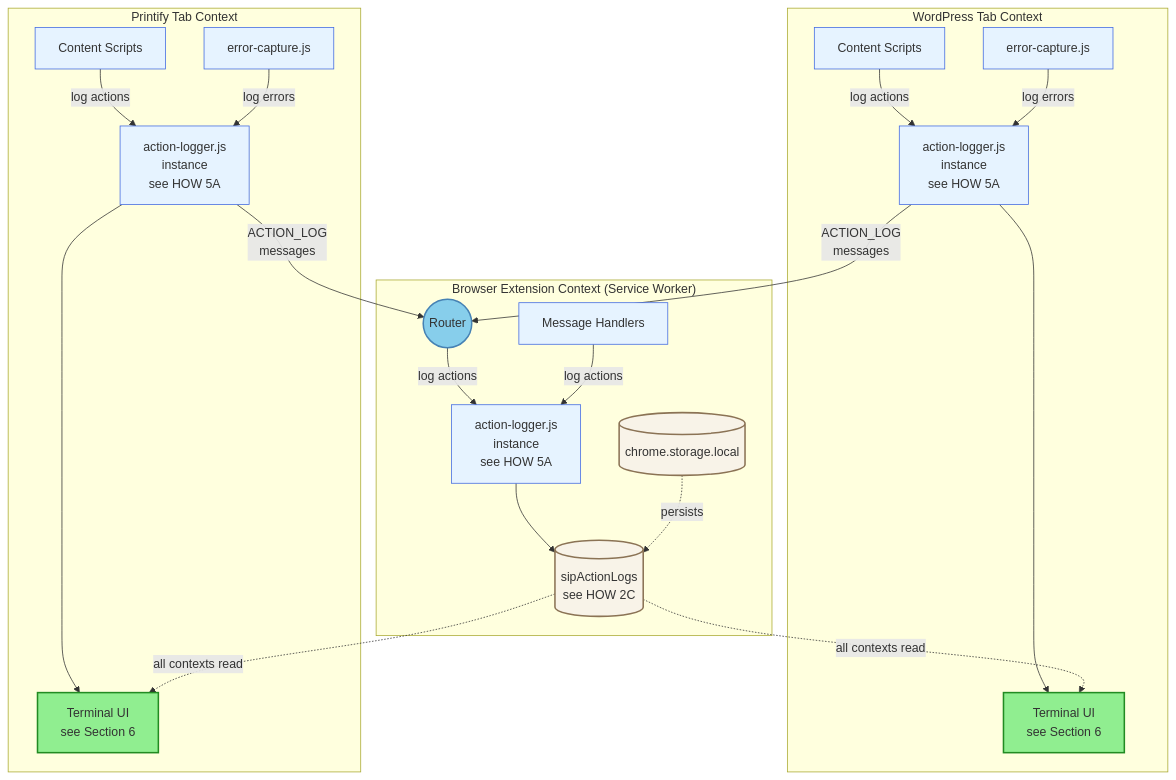
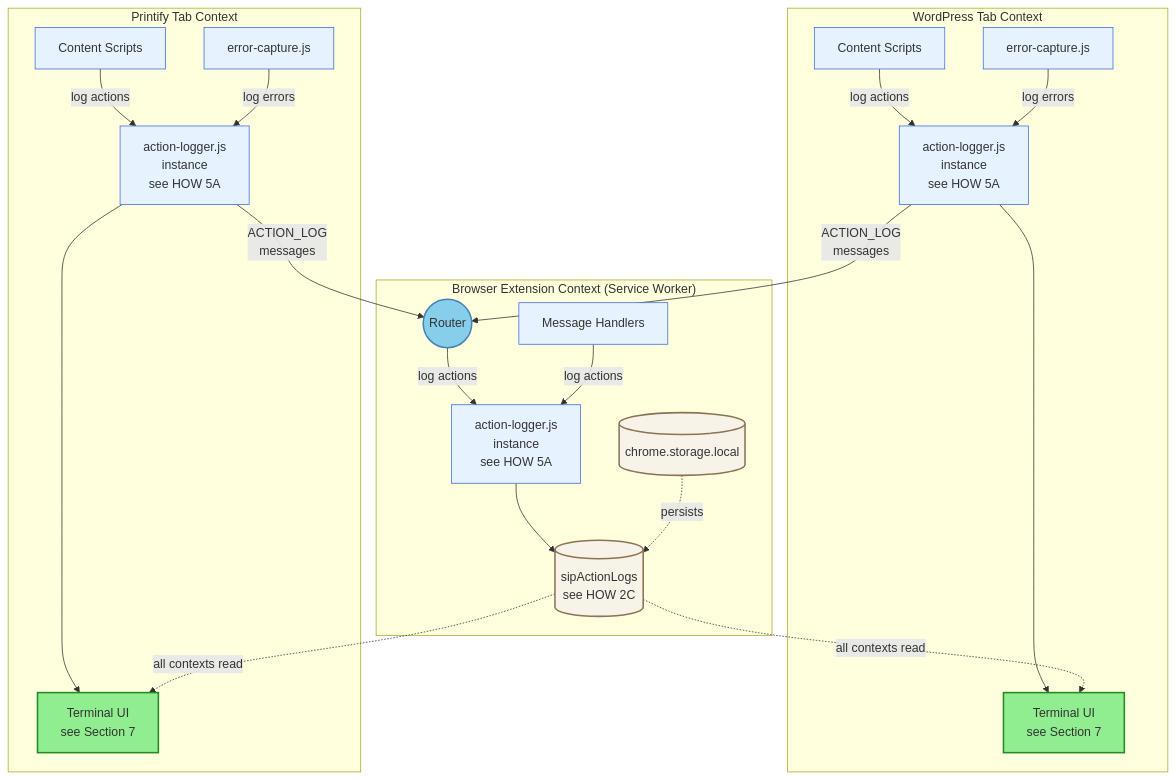
Before and after one commit to tdemelle-SiP/.claude: the fourth of 5 diagrams in guidelines/sip-printify-manager-extension-guidelines-v2.md, drawn with Mermaid. The commit also changed other lines of this file and 2 other files, not shown here.

````diff
--- a/guidelines/sip-printify-manager-extension-guidelines-v2.md
+++ b/guidelines/sip-printify-manager-extension-guidelines-v2.md
@@ -526,53 +531,53 @@
 ```mermaid
 graph TD
   subgraph "Browser Extension Context (Service Worker)"
     Router((Router))
     Handlers[Message Handlers]
     Storage[(chrome.storage.local)]
     ActionLog[(sipActionLogs<br/>see HOW 2C)]
     
     Router --> |log actions| AL_SW[action-logger.js<br/>instance<br/>see HOW 5A]
     Handlers --> |log actions| AL_SW
     AL_SW --> ActionLog
     Storage -. persists .-> ActionLog
   end
   
   subgraph "WordPress Tab Context"
     WPScripts[Content Scripts]
     WPError[error-capture.js]
     AL_WP[action-logger.js<br/>instance<br/>see HOW 5A]
-    Terminal1[Terminal UI<br/>see Section 6]
+    Terminal1[Terminal UI<br/>see Section 7]
     
     WPScripts --> |log actions| AL_WP
     WPError --> |log errors| AL_WP
     AL_WP -->|ACTION_LOG<br/>messages| Router
     AL_WP --> Terminal1
   end
   
   subgraph "Printify Tab Context"
     PScripts[Content Scripts]
     PError[error-capture.js]
     AL_P[action-logger.js<br/>instance<br/>see HOW 5A]
-    Terminal2[Terminal UI<br/>see Section 6]
+    Terminal2[Terminal UI<br/>see Section 7]
     
     PScripts --> |log actions| AL_P
     PError --> |log errors| AL_P
     AL_P -->|ACTION_LOG<br/>messages| Router
     AL_P --> Terminal2
   end
   
   %% Cross-context log sharing
   ActionLog -.->|all contexts read| Terminal1
   ActionLog -.->|all contexts read| Terminal2
   
   %% Apply styles to match main architecture
   classDef userFacingStyle fill:#90EE90,stroke:#228B22,stroke-width:2px
   classDef routerStyle fill:#87CEEB,stroke:#4682B4,stroke-width:2px
   classDef scriptStyle fill:#E6F3FF,stroke:#4169E1,stroke-width:1px
   classDef storageStyle fill:#F8F3E8,stroke:#8B7355,stroke-width:2px
   
   class Terminal1,Terminal2 userFacingStyle
   class Router routerStyle
   class WPScripts,PScripts,WPError,PError,AL_SW,AL_WP,AL_P,Handlers scriptStyle
   class Storage,ActionLog storageStyle
 ```
````
